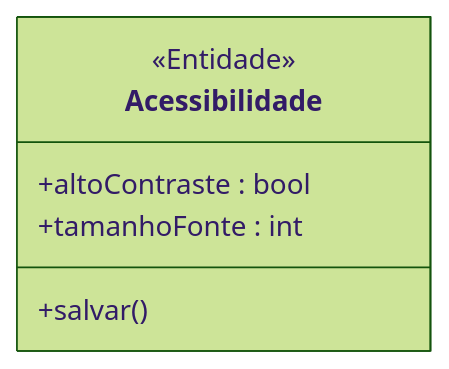
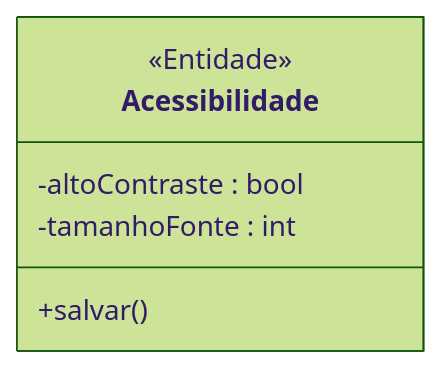
Before and after one commit to MayconDIS/PIM_III-Documentacao_UML: the first of 2 diagrams in 02_Modelagem_UML_Astah/UC15_Ajustar_Acessibilidade/README.md, drawn with Mermaid (forest theme). The commit also changed other lines of this file and 14 other files, not shown here.

Commit message:
docs(casos-uso): injeta fluxos normais e alternativos nos READMEs e atualiza mermaid

````diff
--- a/02_Modelagem_UML_Astah/UC15_Ajustar_Acessibilidade/README.md
+++ b/02_Modelagem_UML_Astah/UC15_Ajustar_Acessibilidade/README.md
@@ -39,9 +43,9 @@
 ```mermaid
 classDiagram
     class Acessibilidade {
         <<Entidade>>
-        +altoContraste : bool
-        +tamanhoFonte : int
+        -altoContraste : bool
+        -tamanhoFonte : int
         +salvar()
     }
 ```
````
